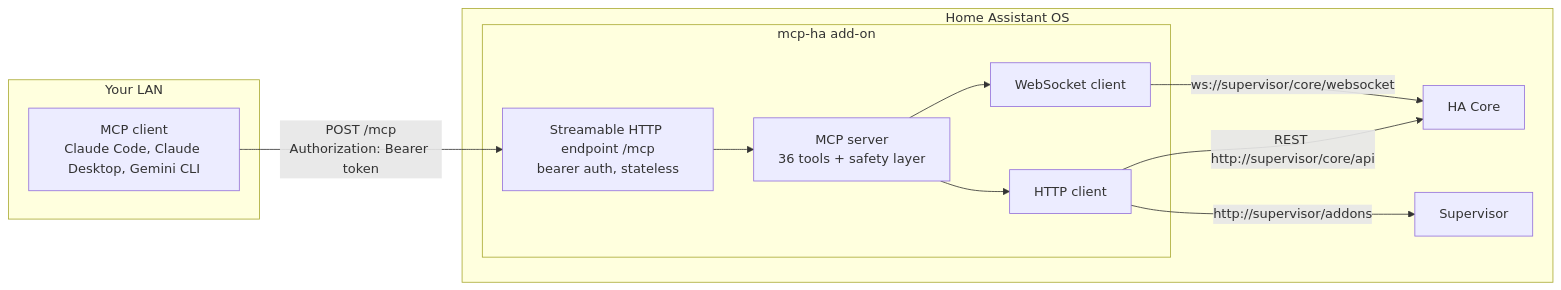
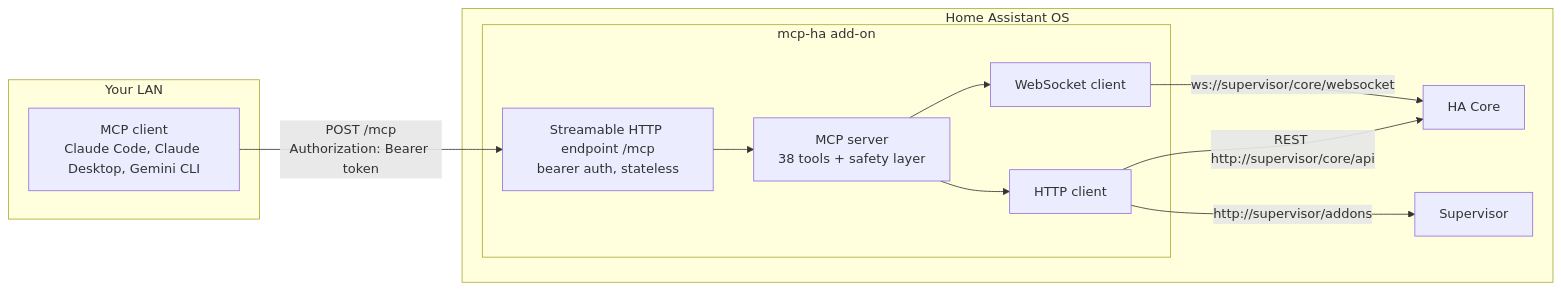
Before and after one commit to Devitek/mcp-ha: the first of 3 diagrams in docs/reference/architecture.md, drawn with Mermaid. The commit also changed 21 other files, not shown here.

````diff
--- a/docs/reference/architecture.md
+++ b/docs/reference/architecture.md
@@ -7,23 +7,23 @@
 ```mermaid
 flowchart LR
   subgraph lan["Your LAN"]
     C["MCP client<br/>Claude Code, Claude Desktop, Gemini CLI"]
   end
   subgraph haos["Home Assistant OS"]
     subgraph addon["mcp-ha add-on"]
       T["Streamable HTTP endpoint /mcp<br/>bearer auth, stateless"]
-      S["MCP server<br/>36 tools + safety layer"]
+      S["MCP server<br/>38 tools + safety layer"]
       W["WebSocket client"]
       H["HTTP client"]
       T --> S
       S --> W
       S --> H
     end
     CORE["HA Core"]
     SUP["Supervisor"]
     W -->|"ws://supervisor/core/websocket"| CORE
     H -->|"REST http://supervisor/core/api"| CORE
     H -->|"http://supervisor/addons"| SUP
   end
   C -->|"POST /mcp<br/>Authorization: Bearer token"| T
 ```
````
